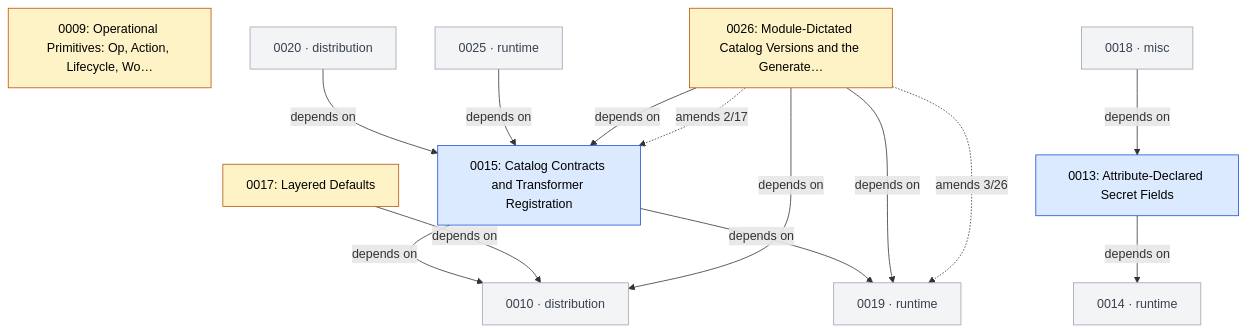
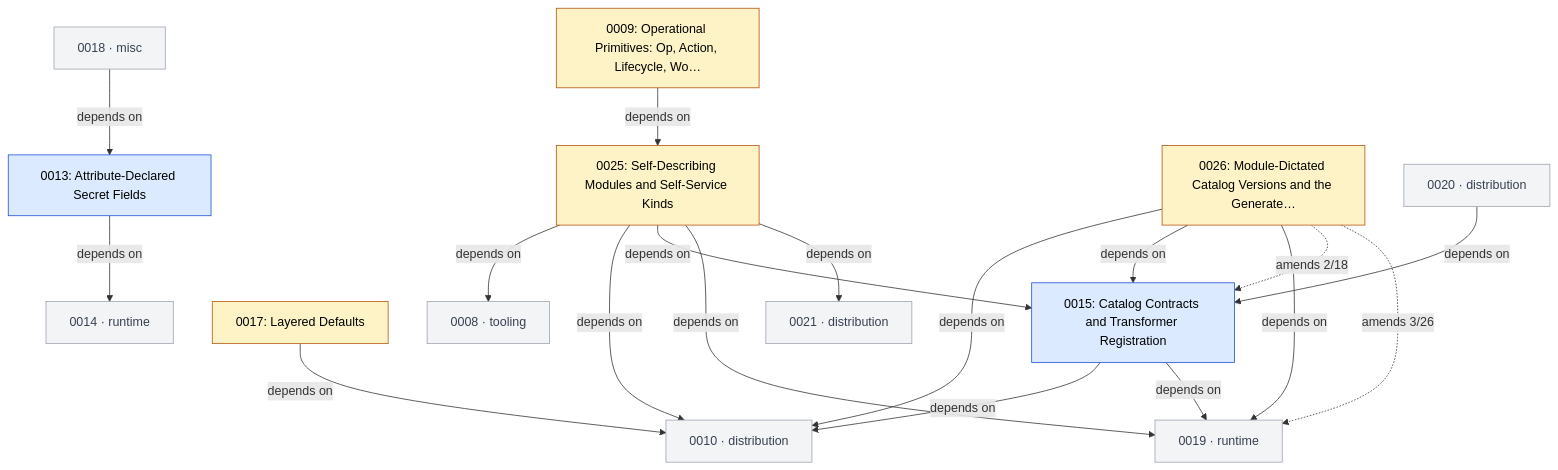
The second of 7 diagrams in GRAPH.md (open-platform-model/enhancements), drawn with Mermaid before and after one commit. The commit also changed other lines of this file and 17 other files, not shown here.

````diff
--- a/GRAPH.md
+++ b/GRAPH.md
@@ -49,36 +47,43 @@
 ```mermaid
 graph TD
   classDef draft       fill:#fef3c7,stroke:#b45309,color:#000
   classDef accepted    fill:#dbeafe,stroke:#1d4ed8,color:#000
   classDef rejected    fill:#fee2e2,stroke:#b91c1c,color:#7f1d1d,stroke-dasharray:4 2
   classDef superseded  fill:#e5e7eb,stroke:#6b7280,color:#6b7280
   classDef delivered   fill:#dcfce7,stroke:#15803d,color:#14532d
   classDef legacy      fill:#fafafa,stroke:#9ca3af,color:#6b7280,stroke-dasharray:3 3
   classDef stub        fill:#f3f4f6,stroke:#9ca3af,color:#374151
   classDef category    fill:#ede9fe,stroke:#6d28d9,color:#000
 
   N0009["0009: Operational Primitives: Op, Action, Lifecycle, Wo…"]:::draft
   N0013["0013: Attribute-Declared Secret Fields"]:::accepted
   N0015["0015: Catalog Contracts and Transformer Registration"]:::accepted
   N0017["0017: Layered Defaults"]:::draft
+  N0025["0025: Self-Describing Modules and Self-Service Kinds"]:::draft
   N0026["0026: Module-Dictated Catalog Versions and the Generate…"]:::draft
+  N0008["0008 · tooling"]:::stub
   N0010["0010 · distribution"]:::stub
   N0014["0014 · runtime"]:::stub
   N0018["0018 · misc"]:::stub
   N0019["0019 · runtime"]:::stub
   N0020["0020 · distribution"]:::stub
-  N0025["0025 · runtime"]:::stub
+  N0021["0021 · distribution"]:::stub
 
+  N0009 -->|depends on| N0025
   N0013 -->|depends on| N0014
   N0015 -->|depends on| N0010
   N0015 -->|depends on| N0019
   N0017 -->|depends on| N0010
   N0018 -->|depends on| N0013
   N0020 -->|depends on| N0015
+  N0025 -->|depends on| N0008
+  N0025 -->|depends on| N0010
   N0025 -->|depends on| N0015
+  N0025 -->|depends on| N0019
+  N0025 -->|depends on| N0021
   N0026 -->|depends on| N0010
   N0026 -->|depends on| N0015
   N0026 -->|depends on| N0019
-  N0026 -.->|amends 2/17| N0015
+  N0026 -.->|amends 2/18| N0015
   N0026 -.->|amends 3/26| N0019
 ```
````
